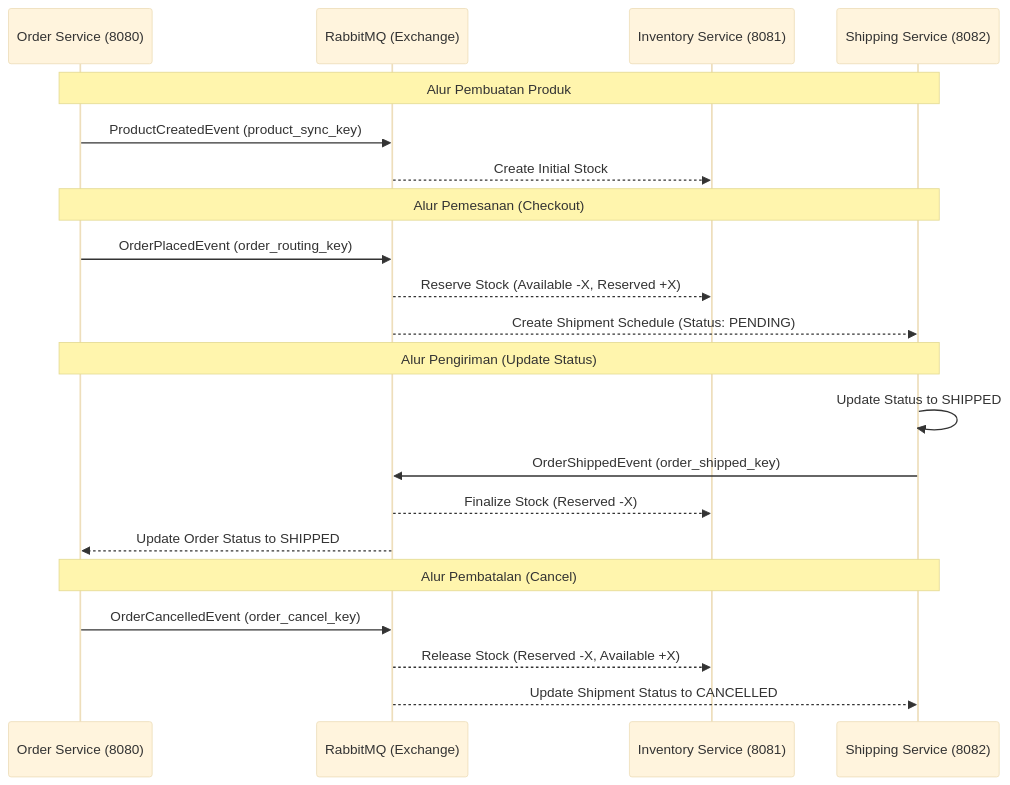
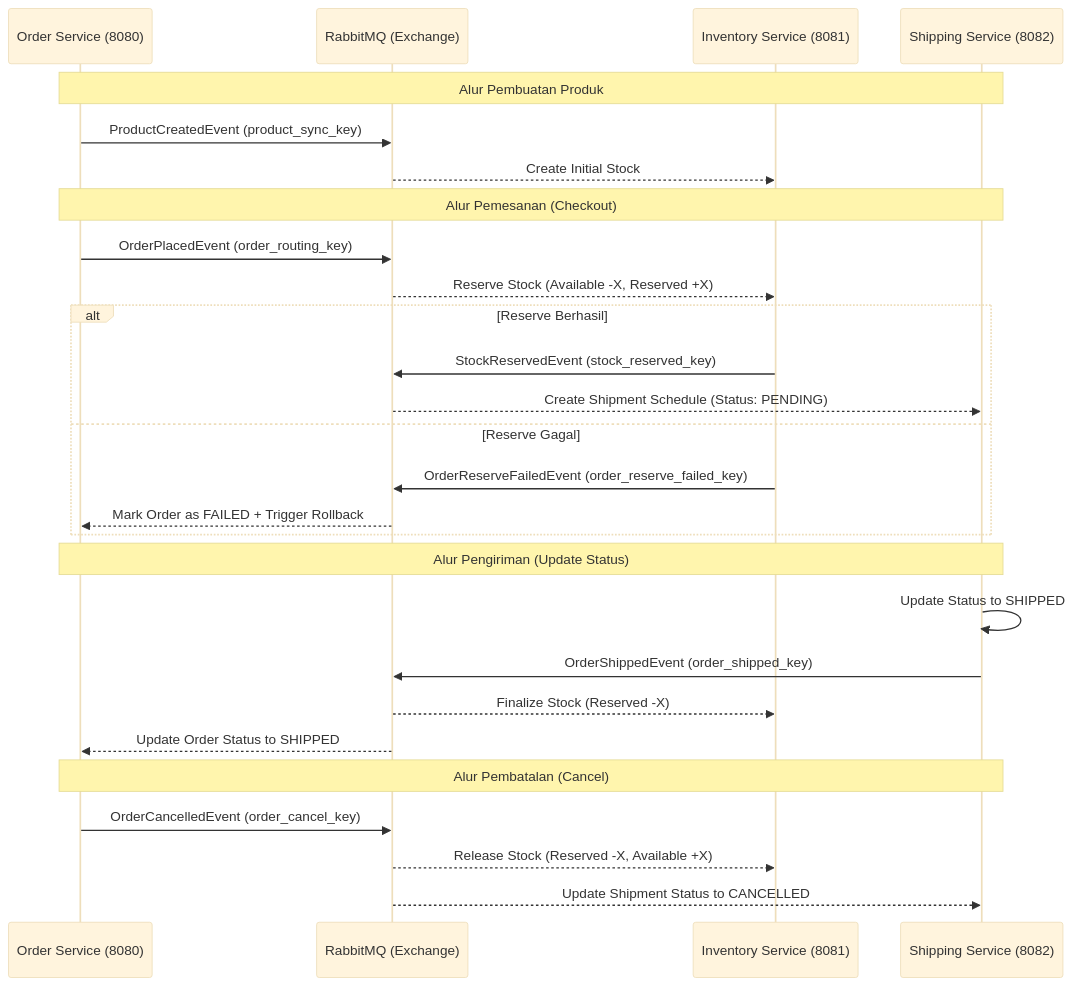
The diagram in ARSITEKTUR_DAN_RELASI.md (lynxrawrr/OrderManagement-EAI-B-Kelompok10), drawn with Mermaid (base theme) before and after one commit. The commit also changed other lines of this file and 20 other files, not shown here.

````diff
--- a/ARSITEKTUR_DAN_RELASI.md
+++ b/ARSITEKTUR_DAN_RELASI.md
@@ -26,27 +27,33 @@
 ```mermaid
 sequenceDiagram
     participant O as Order Service (8080)
     participant R as RabbitMQ (Exchange)
     participant I as Inventory Service (8081)
     participant S as Shipping Service (8082)
 
     Note over O, S: Alur Pembuatan Produk
     O->>R: ProductCreatedEvent (product_sync_key)
     R-->>I: Create Initial Stock
 
     Note over O, S: Alur Pemesanan (Checkout)
     O->>R: OrderPlacedEvent (order_routing_key)
     R-->>I: Reserve Stock (Available -X, Reserved +X)
-    R-->>S: Create Shipment Schedule (Status: PENDING)
+    alt Reserve Berhasil
+        I->>R: StockReservedEvent (stock_reserved_key)
+        R-->>S: Create Shipment Schedule (Status: PENDING)
+    else Reserve Gagal
+        I->>R: OrderReserveFailedEvent (order_reserve_failed_key)
+        R-->>O: Mark Order as FAILED + Trigger Rollback
+    end
 
     Note over O, S: Alur Pengiriman (Update Status)
     S->>S: Update Status to SHIPPED
     S->>R: OrderShippedEvent (order_shipped_key)
     R-->>I: Finalize Stock (Reserved -X)
     R-->>O: Update Order Status to SHIPPED
 
     Note over O, S: Alur Pembatalan (Cancel)
     O->>R: OrderCancelledEvent (order_cancel_key)
     R-->>I: Release Stock (Reserved -X, Available +X)
     R-->>S: Update Shipment Status to CANCELLED
 ```
````
